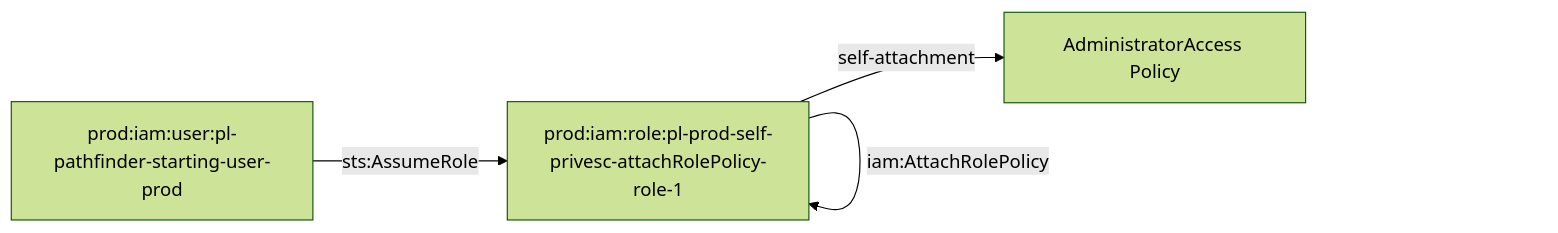
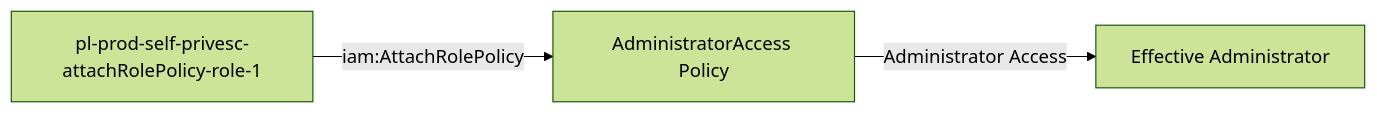
One commit to DataDog/pathfinding-labs changed the diagram in modules/scenarios/prod/one-hop/to-admin/iam-attachrolepolicy/README.md. Above: the diagram before and after it, drawn with Mermaid (forest theme). The commit also changed other lines of this file and 149 other files, not shown here.

````diff
--- a/modules/scenarios/prod/one-hop/to-admin/iam-attachrolepolicy/README.md
+++ b/modules/scenarios/prod/one-hop/to-admin/iam-attachrolepolicy/README.md
@@ -14,6 +20,5 @@
 ```mermaid
 graph LR
-    A[prod:iam:user:pl-pathfinder-starting-user-prod] -->|sts:AssumeRole| B[prod:iam:role:pl-prod-self-privesc-attachRolePolicy-role-1]
-    B -->|iam:AttachRolePolicy| B
-    B -->|self-attachment| C[AdministratorAccess Policy]
+    A[pl-prod-self-privesc-attachRolePolicy-role-1] -->|iam:AttachRolePolicy| B[AdministratorAccess Policy]
+    B -->|Administrator Access| C[Effective Administrator]
 ```
````
